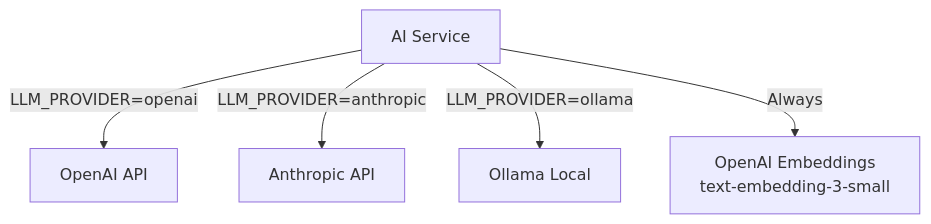
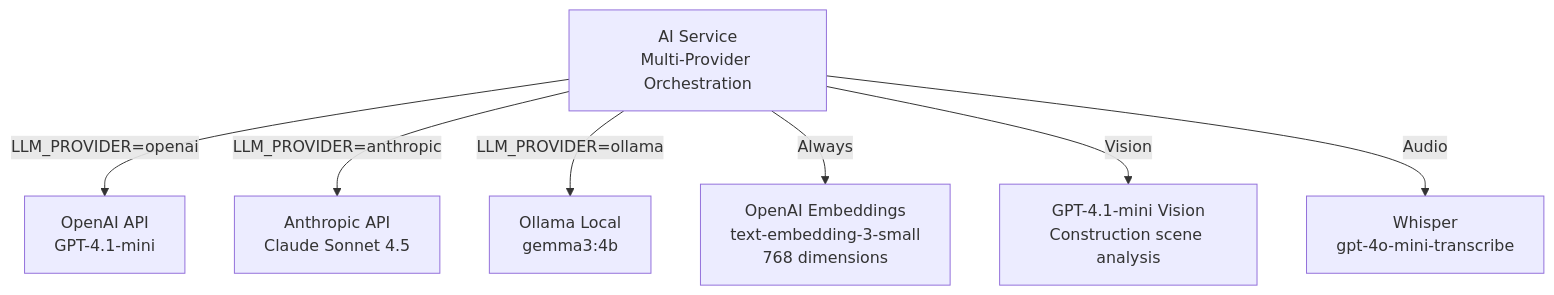
The first of 13 diagrams in docs/ai-workflows.md (BlackSamuron0305/Comstruct-Challenge-Think-Codex-Hackathon), drawn with Mermaid before and after one commit. The commit also changed other lines of this file, not shown here.

````diff
--- a/docs/ai-workflows.md
+++ b/docs/ai-workflows.md
@@ -17,8 +17,10 @@
 ```mermaid
 graph TD
-    AI[AI Service]
-    AI -->|LLM_PROVIDER=openai| OPENAI[OpenAI API]
-    AI -->|LLM_PROVIDER=anthropic| ANTHROPIC[Anthropic API]
-    AI -->|LLM_PROVIDER=ollama| OLLAMA[Ollama Local]
-    AI -->|Always| EMBED[OpenAI Embeddings<br/>text-embedding-3-small]
+    AI[AI Service<br/>Multi-Provider Orchestration]
+    AI -->|LLM_PROVIDER=openai| OPENAI[OpenAI API<br/>GPT-4.1-mini]
+    AI -->|LLM_PROVIDER=anthropic| ANTHROPIC[Anthropic API<br/>Claude Sonnet 4.5]
+    AI -->|LLM_PROVIDER=ollama| OLLAMA[Ollama Local<br/>gemma3:4b]
+    AI -->|Always| EMBED[OpenAI Embeddings<br/>text-embedding-3-small<br/>768 dimensions]
+    AI -->|Vision| VISION[GPT-4.1-mini Vision<br/>Construction scene analysis]
+    AI -->|Audio| WHISPER[Whisper<br/>gpt-4o-mini-transcribe]
 ```
````
